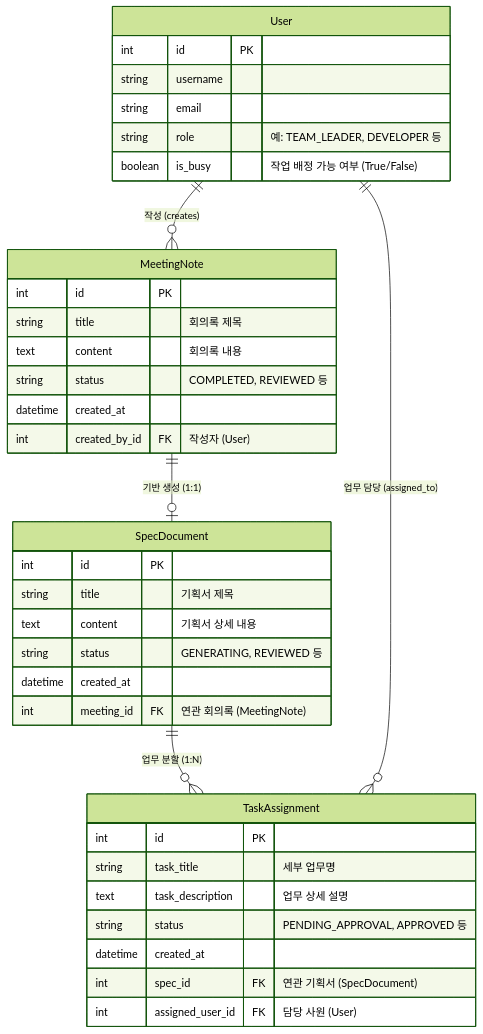
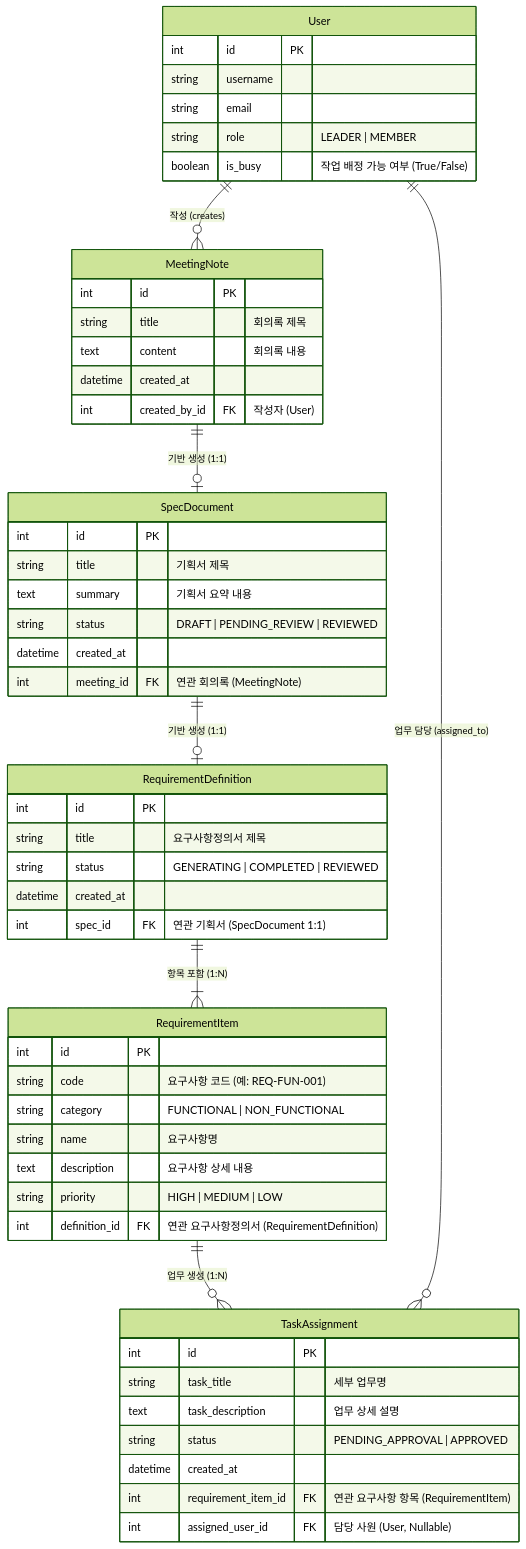
One commit to SKNETWORKS-FAMILY-AICAMP/SKN31-FINAL-1Team changed the second of 2 diagrams in backend/backend_readme.md. Above: the diagram before and after it, drawn with Mermaid (forest theme). The commit also changed other lines of this file and 6 other files, not shown here.

````diff
--- a/backend/backend_readme.md
+++ b/backend/backend_readme.md
@@ -131,48 +211,69 @@
 ```mermaid
 erDiagram
     %% 1. User Entity (users app)
     User {
         int id PK
         string username
         string email
-        string role "예: TEAM_LEADER, DEVELOPER 등"
+        string role "LEADER | MEMBER"
         boolean is_busy "작업 배정 가능 여부 (True/False)"
     }
 
     %% 2. MeetingNote Entity (meetings app)
     MeetingNote {
         int id PK
         string title "회의록 제목"
         text content "회의록 내용"
-        string status "COMPLETED, REVIEWED 등"
         datetime created_at
         int created_by_id FK "작성자 (User)"
     }
 
     %% 3. SpecDocument Entity (specs app)
     SpecDocument {
         int id PK
         string title "기획서 제목"
-        text content "기획서 상세 내용"
-        string status "GENERATING, REVIEWED 등"
+        text summary "기획서 요약 내용"
+        string status "DRAFT | PENDING_REVIEW | REVIEWED"
         datetime created_at
         int meeting_id FK "연관 회의록 (MeetingNote)"
     }
 
-    %% 4. TaskAssignment Entity (tasks app)
+    %% 4. RequirementDefinition Entity (requirements app)
+    RequirementDefinition {
+        int id PK
+        string title "요구사항정의서 제목"
+        string status "GENERATING | COMPLETED | REVIEWED"
+        datetime created_at
+        int spec_id FK "연관 기획서 (SpecDocument 1:1)"
+    }
+
+    %% 5. RequirementItem Entity (requirements app)
+    RequirementItem {
+        int id PK
+        string code "요구사항 코드 (예: REQ-FUN-001)"
+        string category "FUNCTIONAL | NON_FUNCTIONAL"
+        string name "요구사항명"
+        text description "요구사항 상세 내용"
+        string priority "HIGH | MEDIUM | LOW"
+        int definition_id FK "연관 요구사항정의서 (RequirementDefinition)"
+    }
+
+    %% 6. TaskAssignment Entity (tasks app)
     TaskAssignment {
         int id PK
         string task_title "세부 업무명"
         text task_description "업무 상세 설명"
-        string status "PENDING_APPROVAL, APPROVED 등"
+        string status "PENDING_APPROVAL | APPROVED"
         datetime created_at
-        int spec_id FK "연관 기획서 (SpecDocument)"
-        int assigned_user_id FK "담당 사원 (User)"
+        int requirement_item_id FK "연관 요구사항 항목 (RequirementItem)"
+        int assigned_user_id FK "담당 사원 (User, Nullable)"
     }
 
     %% Relationships
     User ||--o{ MeetingNote : "작성 (creates)"
     MeetingNote ||--o| SpecDocument : "기반 생성 (1:1)"
-    SpecDocument ||--o{ TaskAssignment : "업무 분할 (1:N)"
+    SpecDocument ||--o| RequirementDefinition : "기반 생성 (1:1)"
+    RequirementDefinition ||--|{ RequirementItem : "항목 포함 (1:N)"
+    RequirementItem ||--o{ TaskAssignment : "업무 생성 (1:N)"
     User ||--o{ TaskAssignment : "업무 담당 (assigned_to)"
 ```
````
